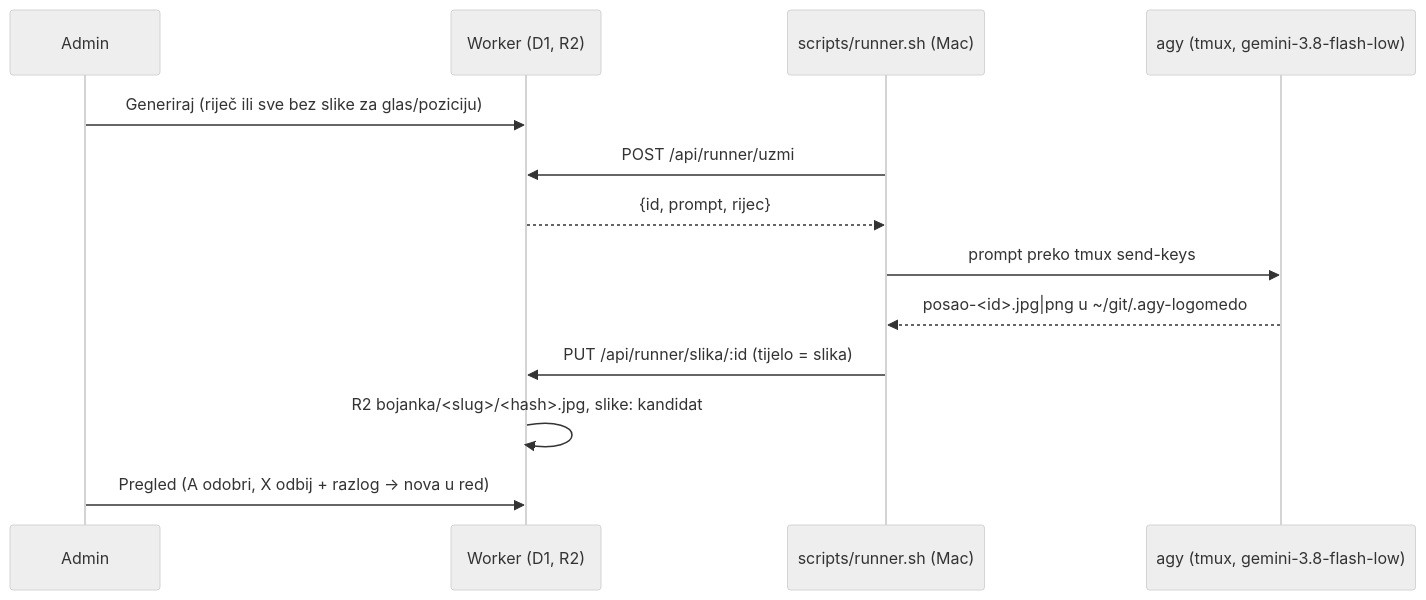
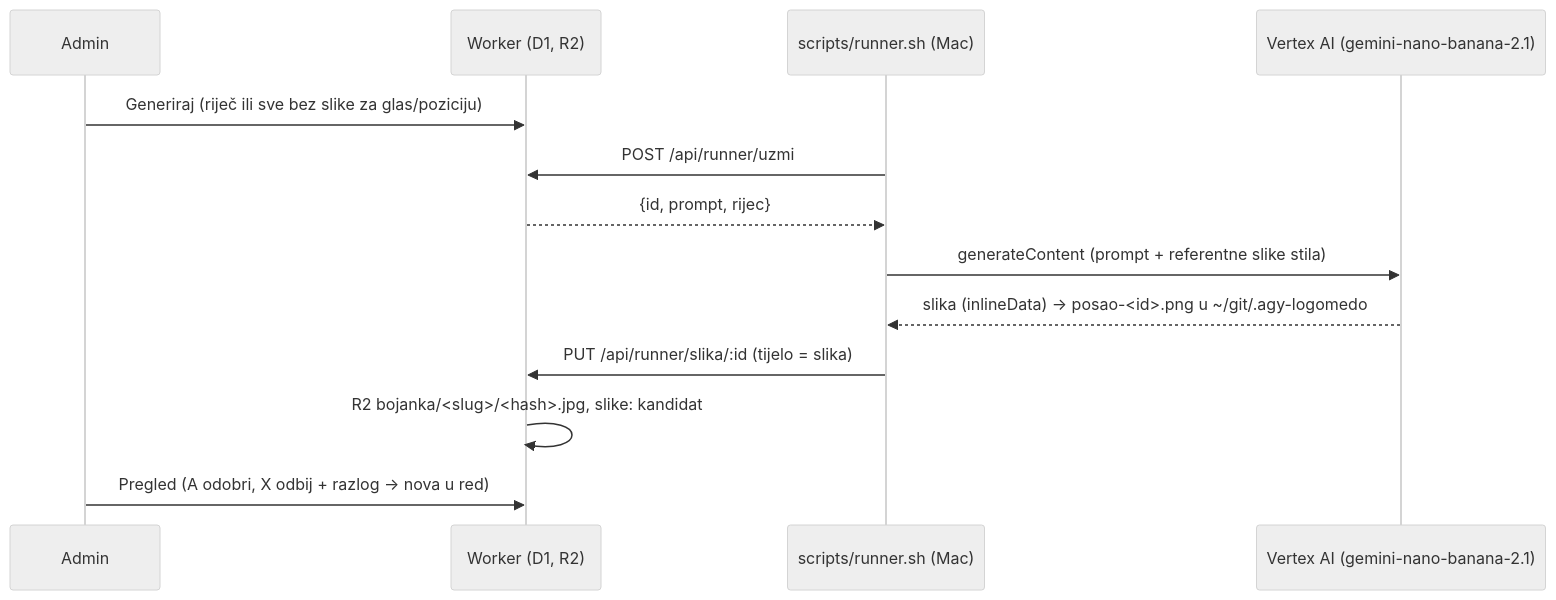
One commit to logomedo/logomedo.com changed the second of 2 diagrams in docs/katalog.md. Above: the diagram before and after it, drawn with Mermaid (neutral theme). The commit also changed other lines of this file and 16 other files, not shown here.

First line of the commit message:
feat(slike): runner na Vertex AI (Nano Banana 2.1), sistemski prompt i pauza reda

````diff
--- a/docs/katalog.md
+++ b/docs/katalog.md
@@ -44,15 +44,15 @@
 ```mermaid
 sequenceDiagram
   participant A as Admin
   participant W as Worker (D1, R2)
   participant R as scripts/runner.sh (Mac)
-  participant G as agy (tmux, gemini-3.8-flash-low)
+  participant G as Vertex AI (gemini-nano-banana-2.1)
   A->>W: Generiraj (riječ ili sve bez slike za glas/poziciju)
   R->>W: POST /api/runner/uzmi
   W-->>R: {id, prompt, rijec}
-  R->>G: prompt preko tmux send-keys
-  G-->>R: posao-<id>.jpg|png u ~/git/.agy-logomedo
+  R->>G: generateContent (prompt + referentne slike stila)
+  G-->>R: slika (inlineData) → posao-<id>.png u ~/git/.agy-logomedo
   R->>W: PUT /api/runner/slika/:id (tijelo = slika)
   W->>W: R2 bojanka/<slug>/<hash>.jpg, slike: kandidat
   A->>W: Pregled (A odobri, X odbij + razlog → nova u red)
 ```
````
